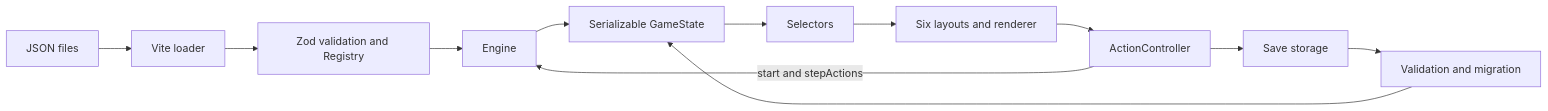
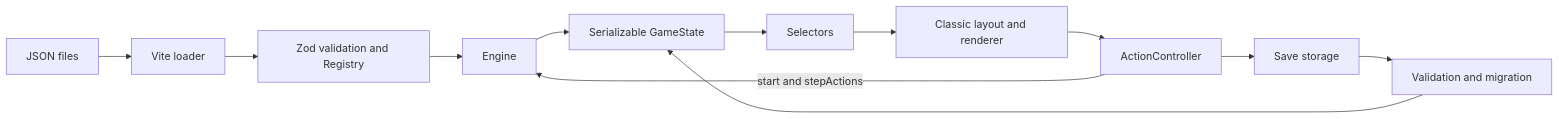
One commit to fdvoracek/mysteryless-island changed the diagram in docs/TDD.md. Above: the diagram before and after it, drawn with Mermaid. The commit also changed other lines of this file and 24 other files, not shown here.

Commit message:
Keep classic as the only game layout

````diff
--- a/docs/TDD.md
+++ b/docs/TDD.md
@@ -40,14 +40,14 @@
 ```mermaid
 flowchart LR
   JSON[JSON files] --> L[Vite loader]
   L --> REG[Zod validation and Registry]
   REG --> ENG[Engine]
-  UI[Six layouts and renderer] --> CTRL[ActionController]
+  UI[Classic layout and renderer] --> CTRL[ActionController]
   CTRL -->|start and stepActions| ENG
   ENG --> STATE[Serializable GameState]
   STATE --> SEL[Selectors]
   SEL --> UI
   CTRL --> SAVE[Save storage]
   SAVE --> MIG[Validation and migration]
   MIG --> STATE
 ```
````
